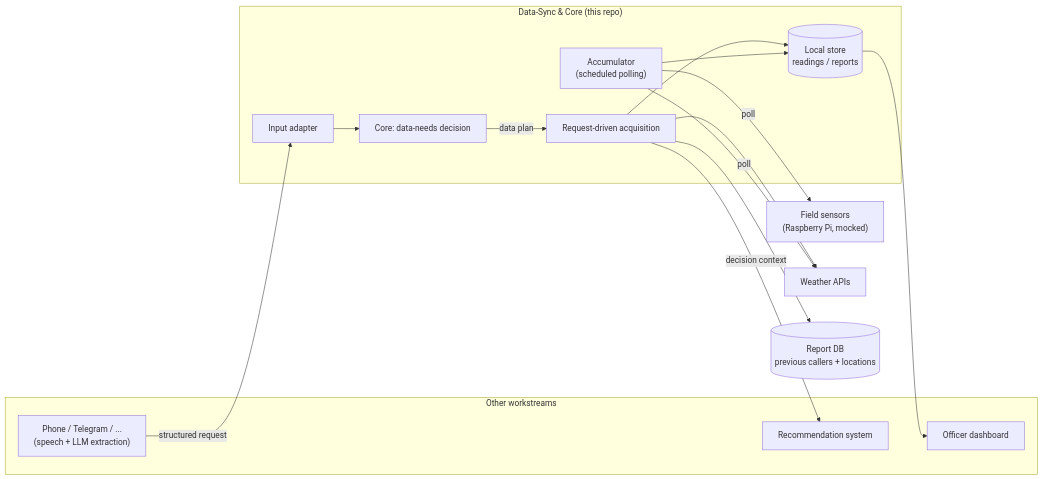
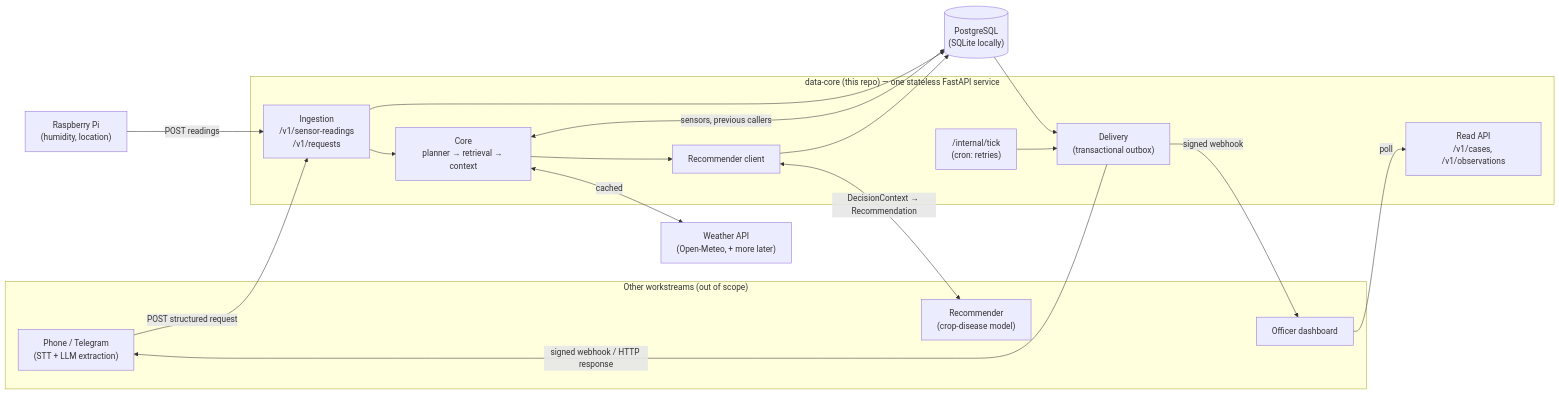
Before and after one commit to TUTobi/data_core: the first of 2 diagrams in project.md, drawn with Mermaid. The commit also changed other lines of this file and 94 other files, not shown here.

````diff
--- a/project.md
+++ b/project.md
@@ -46,31 +47,35 @@
 ```mermaid
 flowchart LR
-    subgraph External["Other workstreams"]
-        IN["Phone / Telegram / ...<br/>(speech + LLM extraction)"]
-        REC["Recommendation system"]
+    subgraph EXT["Other workstreams (out of scope)"]
+        PHONE["Phone / Telegram<br/>(STT + LLM extraction)"]
+        REC["Recommender<br/>(crop-disease model)"]
         DASH["Officer dashboard"]
     end
+    PI["Raspberry Pi<br/>(humidity, location)"]
+    WX["Weather API<br/>(Open-Meteo, + more later)"]
 
-    subgraph DSC["Data-Sync & Core (this repo)"]
-        IA["Input adapter"]
-        CORE["Core: data-needs decision"]
-        ACQ["Request-driven acquisition"]
-        ACC["Accumulator<br/>(scheduled polling)"]
-        STORE[("Local store<br/>readings / reports")]
+    subgraph DC["data-core (this repo) — one stateless FastAPI service"]
+        ING["Ingestion<br/>/v1/sensor-readings<br/>/v1/requests"]
+        CORE["Core<br/>planner → retrieval → context"]
+        RC["Recommender client"]
+        OUT["Delivery<br/>(transactional outbox)"]
+        READ["Read API<br/>/v1/cases, /v1/observations"]
+        TICK["/internal/tick<br/>(cron: retries)"]
     end
+    DB[("PostgreSQL<br/>(SQLite locally)")]
 
-    SENS["Field sensors<br/>(Raspberry Pi, mocked)"]
-    WX["Weather APIs"]
-    DB[("Report DB<br/>previous callers + locations")]
-
-    IN -->|structured request| IA --> CORE
-    CORE -->|data plan| ACQ
-    ACQ --> STORE
-    ACQ --> WX
-    ACQ --> DB
-    ACC -->|poll| SENS
-    ACC -->|poll| WX
-    ACC --> STORE
-    ACQ -->|decision context| REC
-    STORE --> DASH
+    PI -->|POST readings| ING
+    PHONE -->|POST structured request| ING
+    ING --> DB
+    ING --> CORE
+    CORE <-->|sensors, previous callers| DB
+    CORE <-->|cached| WX
+    CORE --> RC
+    RC <-->|DecisionContext → Recommendation| REC
+    RC --> DB
+    DB --> OUT
+    OUT -->|signed webhook| DASH
+    OUT -->|signed webhook / HTTP response| PHONE
+    DASH -->|poll| READ
+    TICK --> OUT
 ```
````
